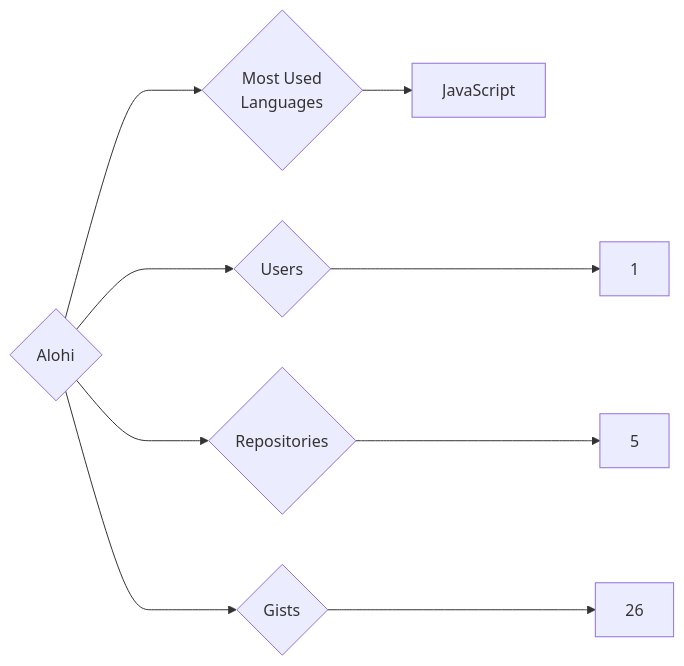
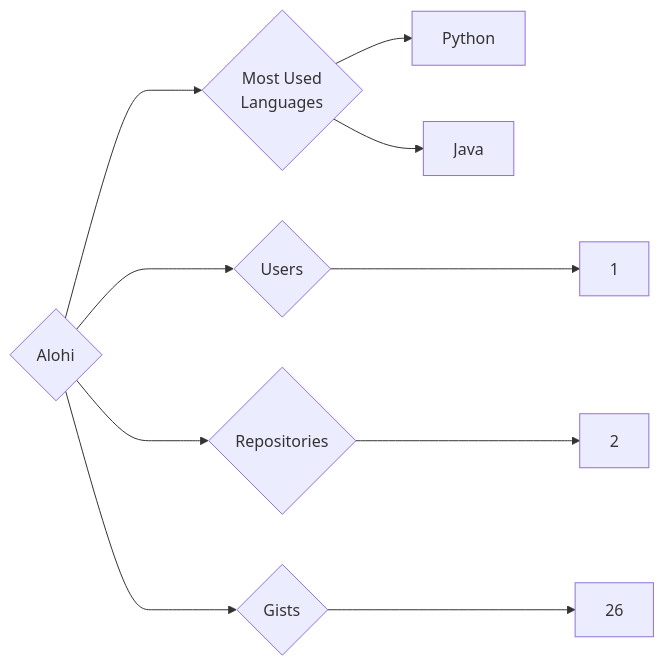
The diagram in targets/Alohi/README.md (trickest/insiders), drawn with Mermaid before and after one commit. The commit also changed 1149 other files, not shown here.

````diff
--- a/targets/Alohi/README.md
+++ b/targets/Alohi/README.md
@@ -3,9 +3,10 @@
 ```mermaid
 graph LR
 COMPANY_NAME{Alohi}
 COMPANY_NAME ---> U{Users} ---> UN[1]
-COMPANY_NAME ---> R{Repositories} ---> RN[5]
+COMPANY_NAME ---> R{Repositories} ---> RN[2]
 COMPANY_NAME ---> G{Gists} ---> GN[26]
 COMPANY_NAME ---> ML{Most Used<br>Languages}
-ML --> JavaScript[JavaScript]
+ML --> Python[Python]
+ML --> Java[Java]
 ```
````
